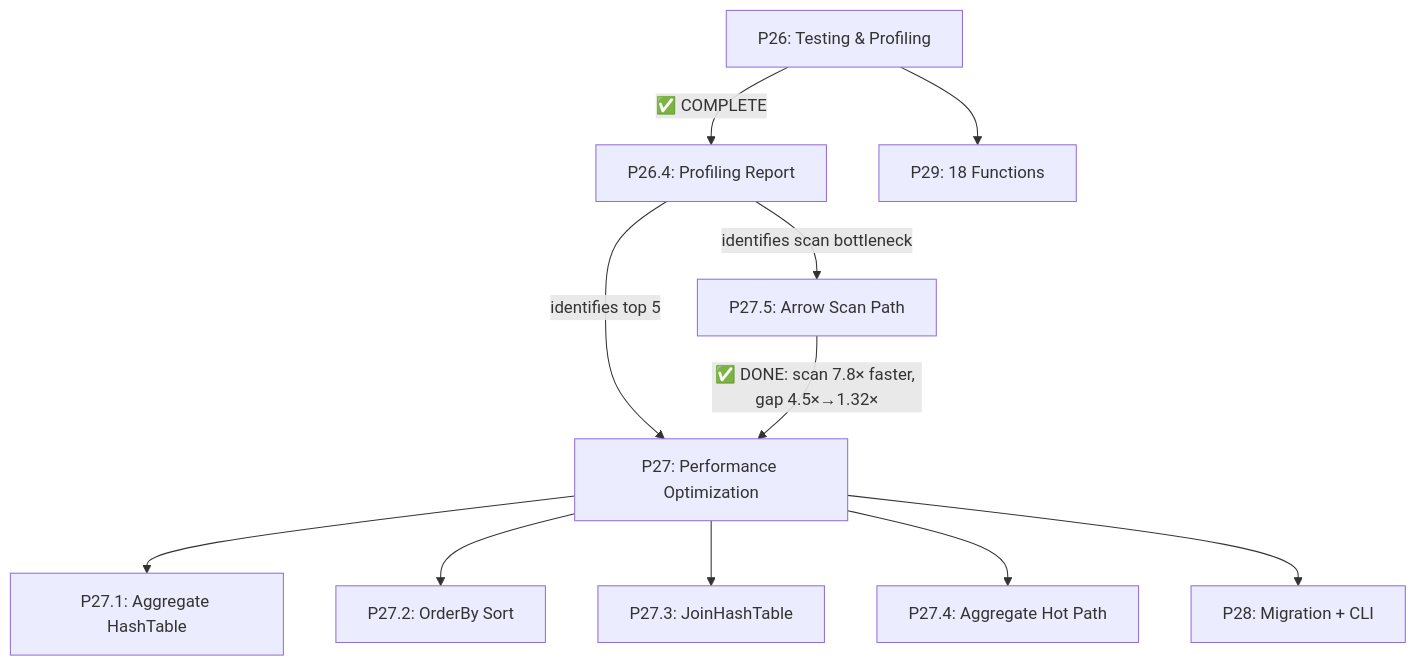
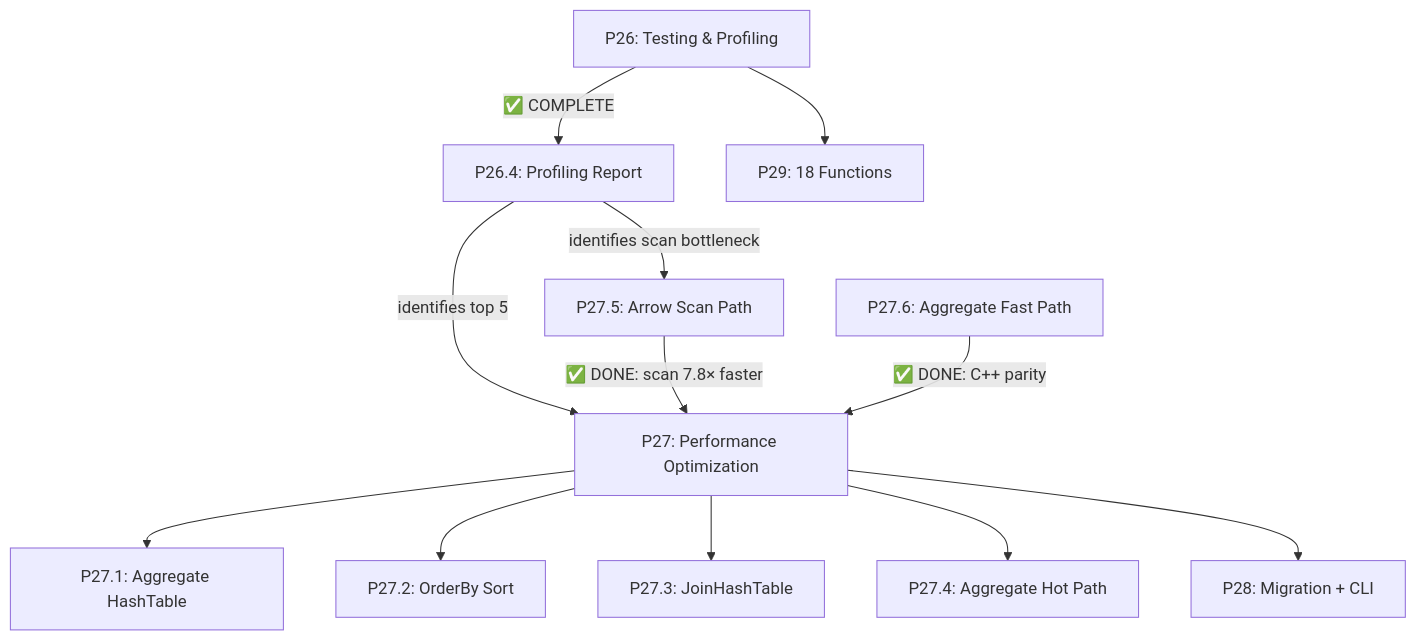
The diagram in kuzu-core/implementation_plan.md (mlengse/akar), drawn with Mermaid before and after one commit.

Commit message:
feat: implement split-phase aggregation logic and add status tracking for Kuzu core integration

````diff
--- a/kuzu-core/implementation_plan.md
+++ b/kuzu-core/implementation_plan.md
@@ -454,13 +454,14 @@
 ```mermaid
 graph TD
     P26["P26: Testing & Profiling"] -->|✅ COMPLETE| P26_4["P26.4: Profiling Report"]
     P26_4 -->|identifies scan bottleneck| P27_5["P27.5: Arrow Scan Path"]
     P26_4 -->|identifies top 5| P27["P27: Performance Optimization"]
-    P27_5 -->|✅ DONE: scan 7.8× faster, gap 4.5×→1.32×| P27
+    P27_5 -->|✅ DONE: scan 7.8× faster| P27
+    P27_6["P27.6: Aggregate Fast Path"] -->|✅ DONE: C++ parity| P27
     P27 --> P27_1["P27.1: Aggregate HashTable"]
     P27 --> P27_2["P27.2: OrderBy Sort"]
     P27 --> P27_3["P27.3: JoinHashTable"]
     P27 --> P27_4["P27.4: Aggregate Hot Path"]
     P27 --> P28["P28: Migration + CLI"]
     P26 --> P29["P29: 18 Functions"]
 ```
````
